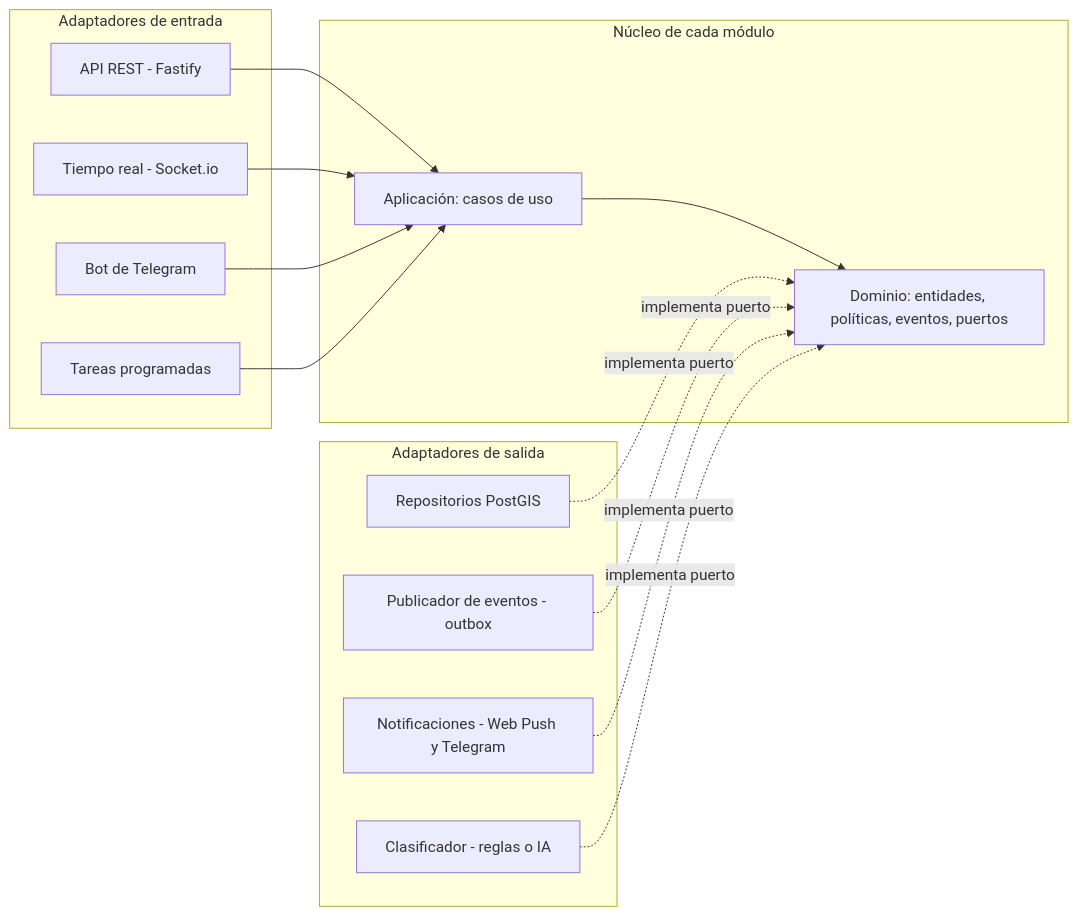
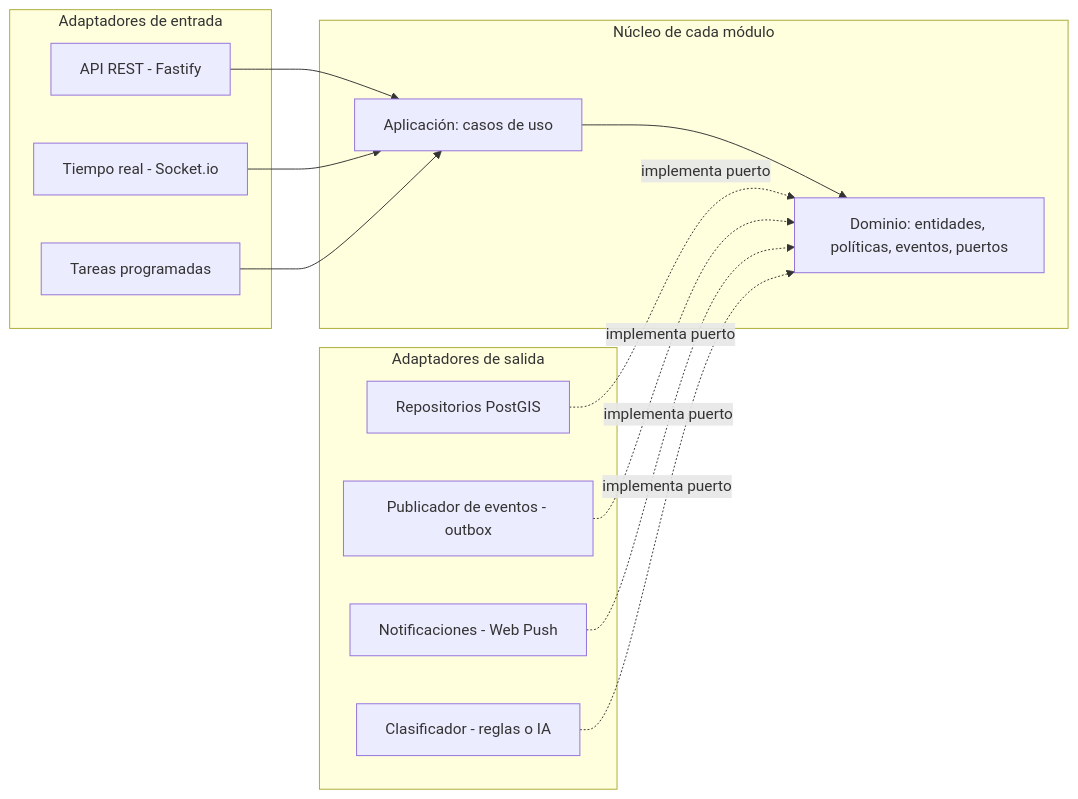
The diagram in docs/ROADMAP.md (HerlanCh/PlataformaGIS), drawn with Mermaid before and after one commit. The commit also changed other lines of this file and 14 other files, not shown here.

````diff
--- a/docs/ROADMAP.md
+++ b/docs/ROADMAP.md
@@ -13,26 +13,24 @@
 ```mermaid
 flowchart LR
   subgraph Entrada[Adaptadores de entrada]
     API[API REST - Fastify]
     WS[Tiempo real - Socket.io]
-    BOT[Bot de Telegram]
     JOBS[Tareas programadas]
   end
   subgraph Nucleo[Núcleo de cada módulo]
     APP[Aplicación: casos de uso] --> DOM[Dominio: entidades, políticas, eventos, puertos]
   end
   subgraph Salida[Adaptadores de salida]
     DB[Repositorios PostGIS]
     EV[Publicador de eventos - outbox]
-    NOT[Notificaciones - Web Push y Telegram]
+    NOT[Notificaciones - Web Push]
     CLS[Clasificador - reglas o IA]
   end
   API --> APP
   WS --> APP
-  BOT --> APP
   JOBS --> APP
   DB -. implementa puerto .-> DOM
   EV -. implementa puerto .-> DOM
   NOT -. implementa puerto .-> DOM
   CLS -. implementa puerto .-> DOM
 ```
````
